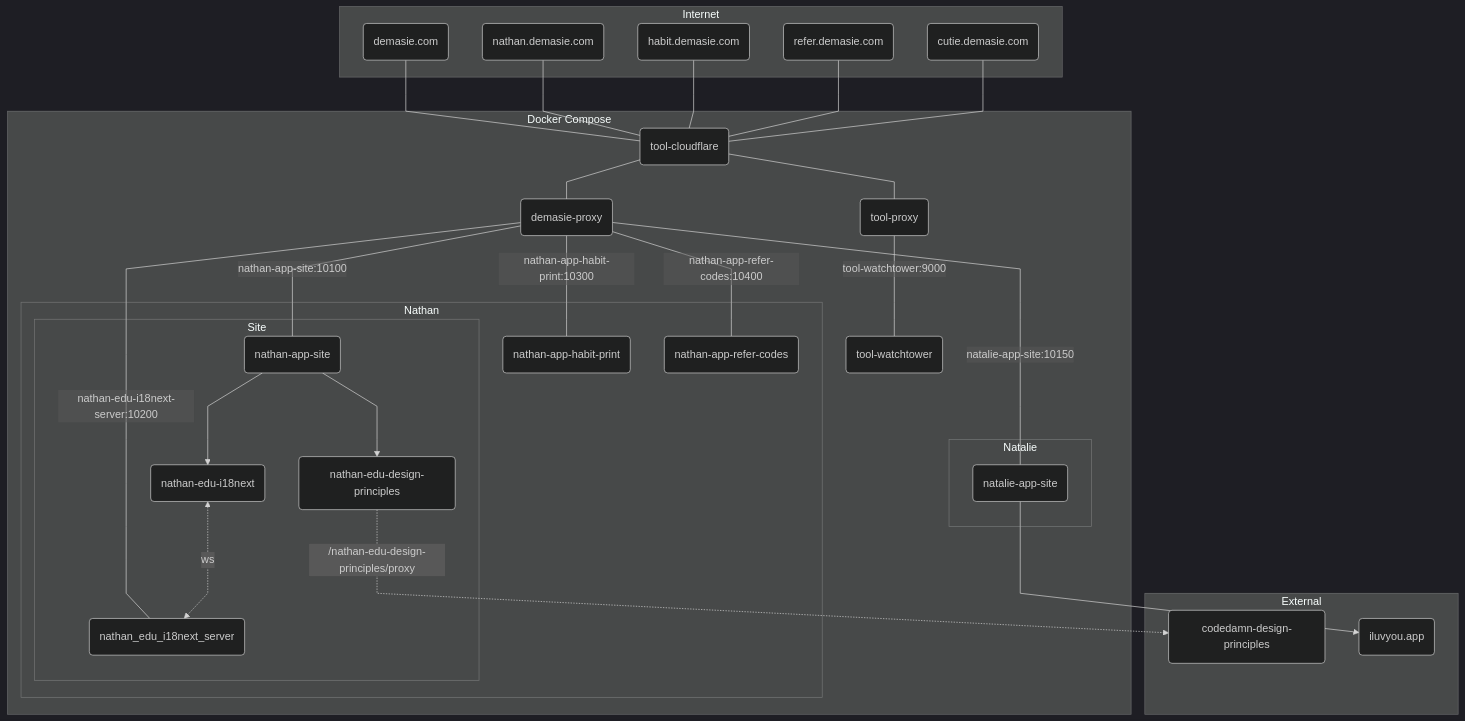
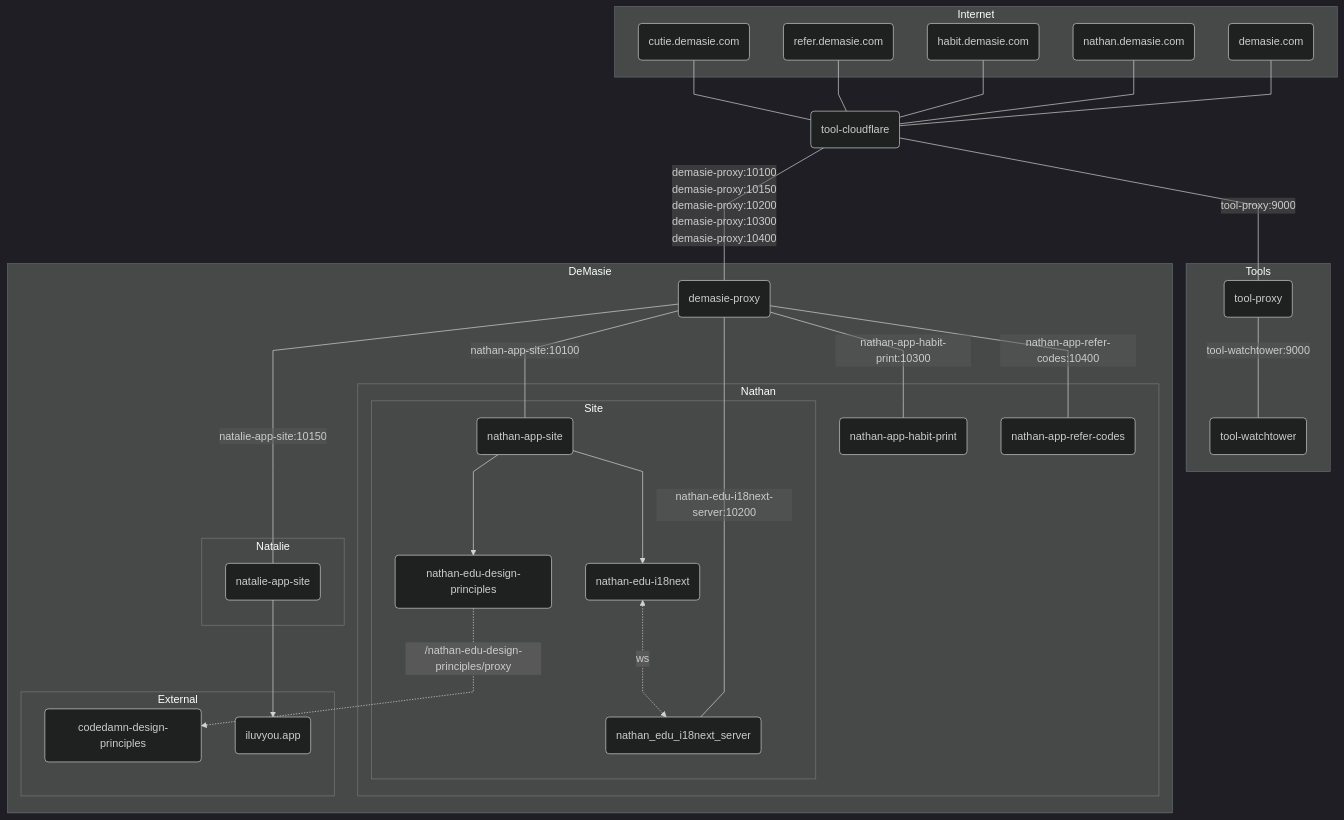
One commit to ndemasie/demasie.com changed the diagram in README.md. Above: the diagram before and after it, drawn with Mermaid. The commit also changed 59 other files, not shown here.

```diff
--- a/README.md
+++ b/README.md
@@ -30,11 +30,15 @@
     domain_cutie("cutie.demasie.com")
   end
 
-  subgraph Docker Compose
-    demasie_proxy(demasie-proxy)
-    tool_cloudflare(tool-cloudflare)
+  tool_cloudflare(tool-cloudflare)
+
+  subgraph Tools
     tool_proxy(tool-proxy)
     tool_watchtower(tool-watchtower)
+  end
+
+  subgraph DeMasie
+    demasie_proxy(demasie-proxy)
 
     subgraph Natalie
       natalie_app_site(natalie-app-site)
@@ -52,11 +56,11 @@
         nathan_edu_i18next_server(nathan_edu_i18next_server)
       end
     end
-  end
 
-  subgraph External
-    codedamn_design_principles(codedamn-design-principles)
-    iluvyou_app(iluvyou.app)
+    subgraph External
+      codedamn_design_principles(codedamn-design-principles)
+      iluvyou_app(iluvyou.app)
+    end
   end
 
   %% Flow
@@ -66,8 +70,8 @@
   domain_refer --- tool_cloudflare
   domain_cutie --- tool_cloudflare
 
-  tool_cloudflare --- demasie_proxy
-  tool_cloudflare --- tool_proxy
+  tool_cloudflare ---|<div>demasie-proxy:10100</br>demasie-proxy:10150</br>demasie-proxy:10200</br>demasie-proxy:10300</br>demasie-proxy:10400</br></div>| demasie_proxy
+  tool_cloudflare ---|<div>tool-proxy:9000</div>| tool_proxy
 
   demasie_proxy ---|<div>nathan-app-site:10100</div>| nathan_app_site
   demasie_proxy ---|<div>natalie-app-site:10150</div>| natalie_app_site
```
